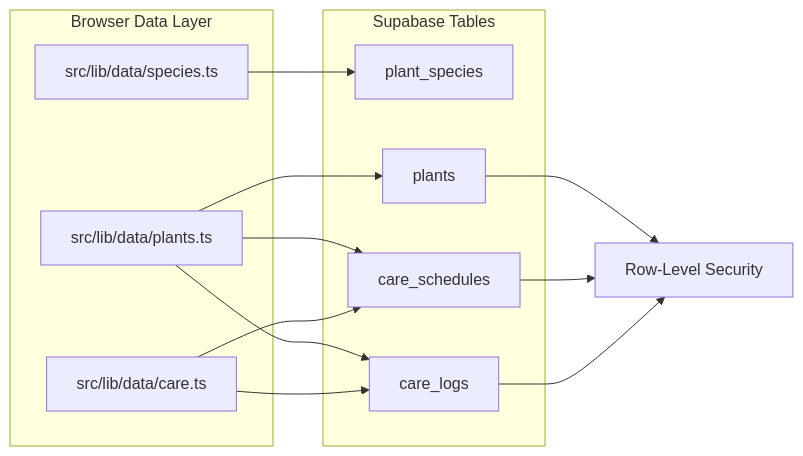
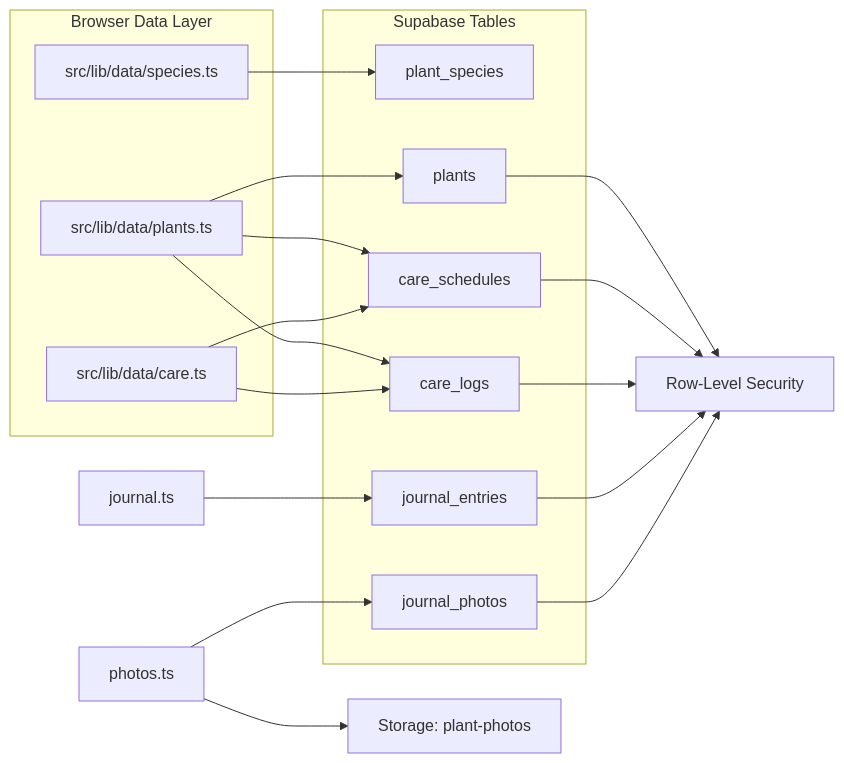
The third of 3 diagrams in docs/architecture.md (sparshsam/opensprout), drawn with Mermaid before and after one commit. The commit also changed other lines of this file and 89 other files, not shown here.

First line of the commit message:
feat: v0.4 photos & journal

````diff
--- a/docs/architecture.md
+++ b/docs/architecture.md
@@ -76,25 +76,32 @@
 ```mermaid
 flowchart LR
     subgraph DataLayer [Browser Data Layer]
         SPECIES[src/lib/data/species.ts]
         PLANTS[src/lib/data/plants.ts]
         CARE[src/lib/data/care.ts]
     end
 
     subgraph Tables [Supabase Tables]
         PS[plant_species]
         P[plants]
         CS[care_schedules]
         CL[care_logs]
+        JE[journal_entries]
+        JP[journal_photos]
     end
 
     SPECIES --> PS
     PLANTS --> P
     PLANTS --> CS
     PLANTS --> CL
     CARE --> CS
     CARE --> CL
+    JOURNAL[journal.ts] --> JE
+    PHOTOS[photos.ts] --> JP
+    PHOTOS --> STORAGE[Storage: plant-photos]
     P --> RLS[Row-Level Security]
     CS --> RLS
     CL --> RLS
+    JE --> RLS
+    JP --> RLS
 ```
````
